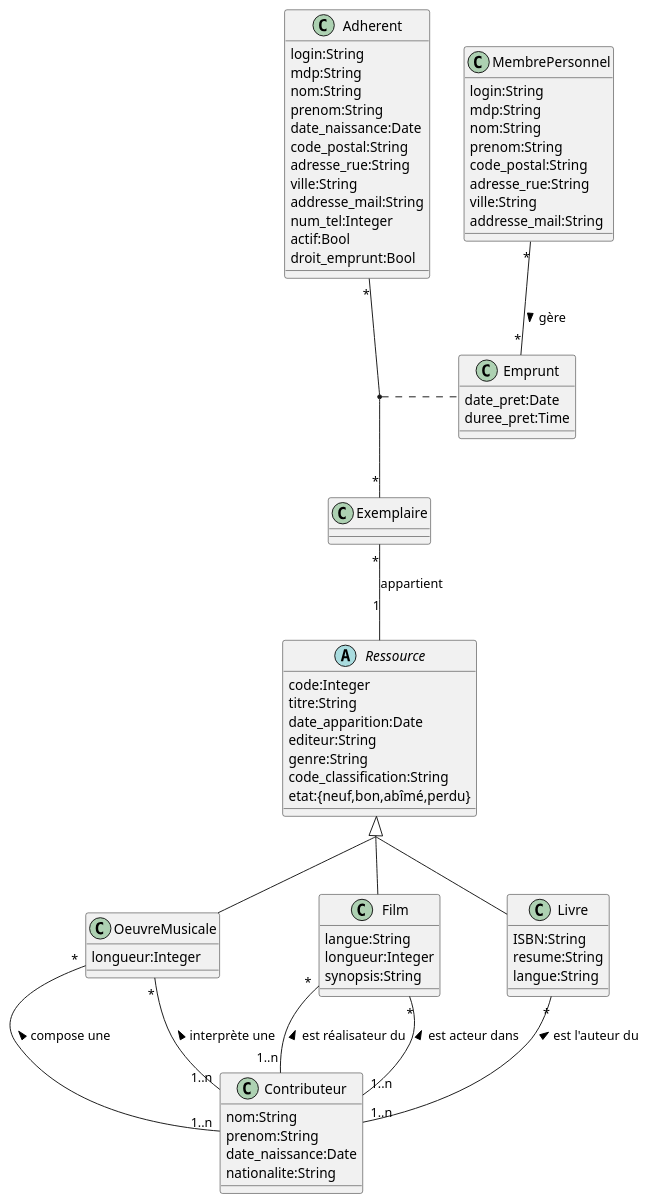
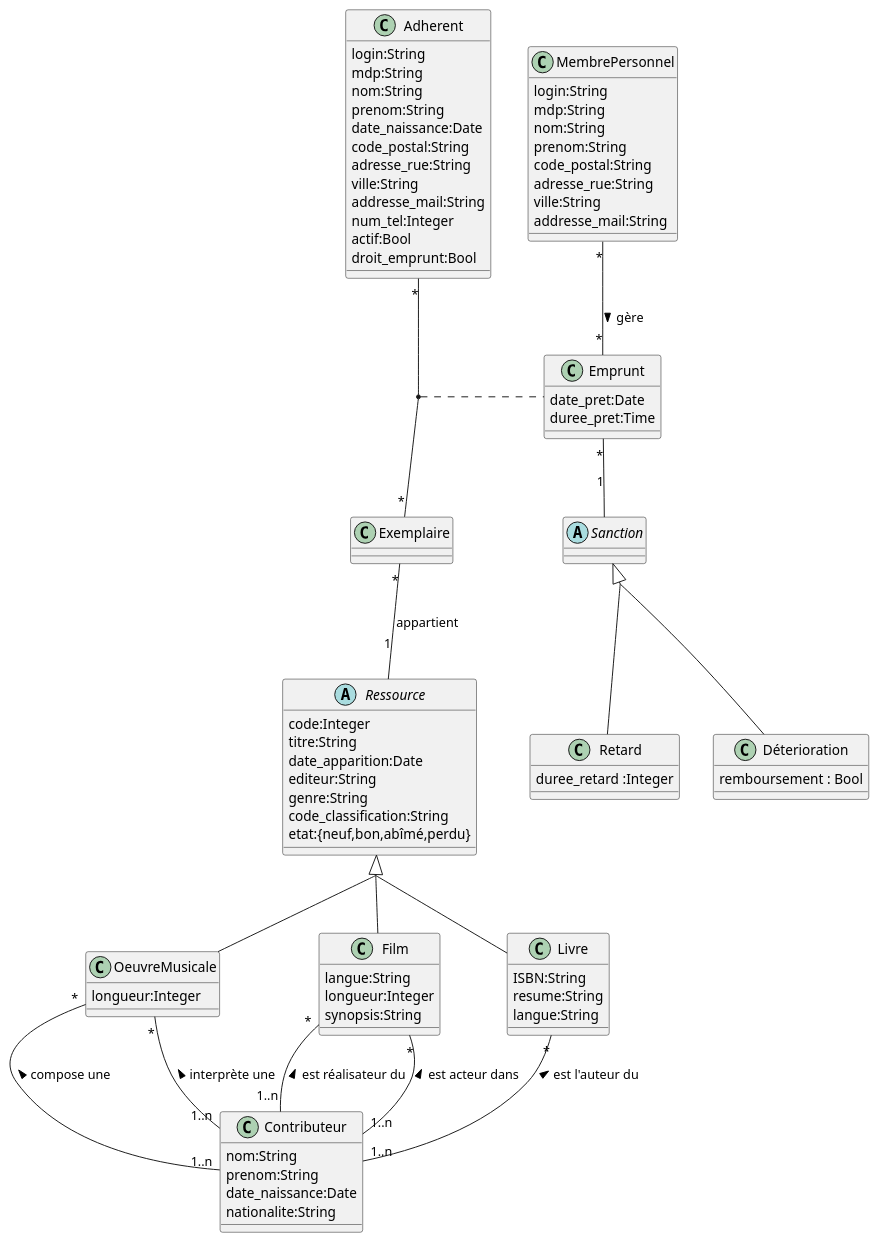
The diagram in UML.plantuml (HouzeZHANG/NF18-DataBase-Project), drawn with PlantUML before and after one commit.

```diff
--- a/UML.plantuml
+++ b/UML.plantuml
@@ -1,96 +1,113 @@
 @startuml
 abstract class Ressource{
   code:Integer
   titre:String
   date_apparition:Date
   editeur:String
   genre:String
   code_classification:String
   etat:{neuf,bon,abîmé,perdu}
 }
 
 
 together {
   class Livre{
   ISBN:String
   resume:String
   langue:String
 }
 
 class Film{
   langue:String
   longueur:Integer
   synopsis:String
 }
 
 class OeuvreMusicale{
   longueur:Integer
 }
 }
-
+skinparam groupInheritance 2
+Ressource <|-- Livre
+Ressource <|-- Film
+Ressource <|-- OeuvreMusicale
 
 class MembrePersonnel{
   login:String
   mdp:String
   nom:String
   prenom:String
   code_postal:String
   adresse_rue:String
   ville:String
   addresse_mail:String
 }
 
 class Adherent{
   login:String
   mdp:String
   nom:String
   prenom:String
   date_naissance:Date
   code_postal:String
   adresse_rue:String
   ville:String
   addresse_mail:String
   num_tel:Integer
   actif:Bool
   droit_emprunt:Bool
 }
 
 class Contributeur{
   nom:String
   prenom:String
   date_naissance:Date
   nationalite:String
 }
 
+
+class Emprunt{
+  date_pret:Date
+  duree_pret:Time
+}
+
+abstract class Sanction{
+}
+
+together {
+  class Retard{
+    duree_retard :Integer
+  }
+  class Déterioration{
+    remboursement : Bool
+  }
+}
+
 skinparam groupInheritance 2
-
-Ressource <|-- Livre
-Ressource <|-- Film
-Ressource <|-- OeuvreMusicale
+Sanction <|-- Retard
+Sanction <|-- Déterioration
 
 
 Exemplaire "*" -- "1" Ressource : appartient
 Adherent "*" -- "*" Exemplaire
 (Adherent,Exemplaire) .. Emprunt
+Emprunt "*" -- "1" Sanction
 
 MembrePersonnel "*" -- "*" Emprunt : gère >
 
 
 Contributeur "1..n" -up- "*" Livre : est l'auteur du >
 Contributeur "1..n" -up- "*" Film : est réalisateur du >
 Contributeur "1..n" -up- "*" Film : est acteur dans >
 Contributeur "1..n" -up- "*" OeuvreMusicale : compose une >
 Contributeur "1..n" -up- "*" OeuvreMusicale : interprète une >
 
 
 
-class Emprunt{
-  date_pret:Date
-  duree_pret:Time
-}
+
 
 
 
 
 
 @enduml
```
